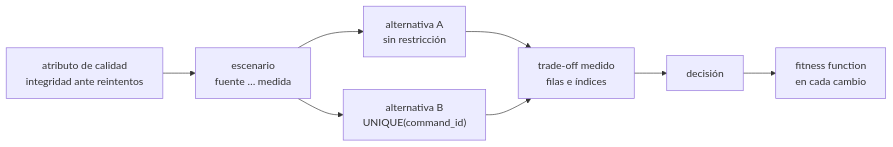
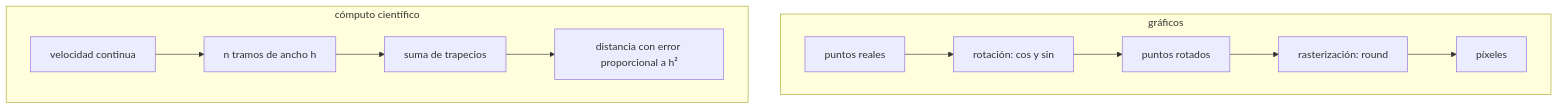
Before and after one commit to NICORUIZ93/The_Imperial_Book: the fifth of 6 diagrams in web/public/content/foundations/modulo-7.md, drawn with Mermaid. The commit also changed other lines of this file and 305 other files, not shown here.

````diff
--- a/web/public/content/foundations/modulo-7.md
+++ b/web/public/content/foundations/modulo-7.md
@@ -444,9 +1407,9 @@
 ```mermaid
-flowchart LR
-    Q["atributo de calidad<br/>integridad ante reintentos"] --> E["escenario<br/>fuente … medida"]
-    E --> A1["alternativa A<br/>sin restricción"]
-    E --> A2["alternativa B<br/>UNIQUE(command_id)"]
-    A1 --> T["trade-off medido<br/>filas e índices"]
-    A2 --> T
-    T --> D["decisión"] --> F["fitness function<br/>en cada cambio"]
+flowchart TB
+    subgraph G["gráficos"]
+        P["puntos reales"] --> R["rotación: cos y sin"] --> Q["puntos rotados"] --> X["rasterización: round"] --> PX["píxeles"]
+    end
+    subgraph C["cómputo científico"]
+        V["velocidad continua"] --> T["n tramos de ancho h"] --> A["suma de trapecios"] --> E["distancia con error proporcional a h²"]
+    end
 ```
````
